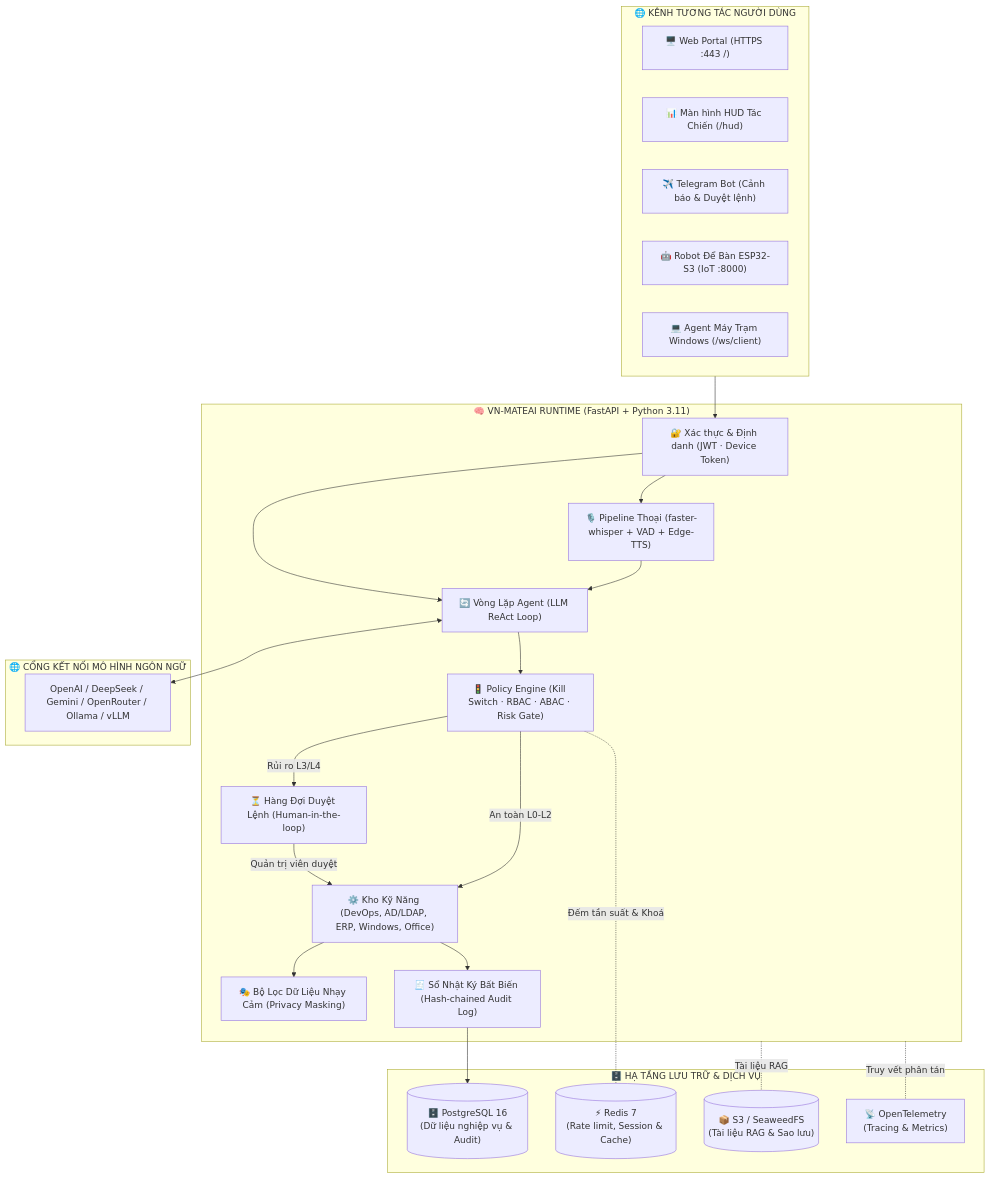
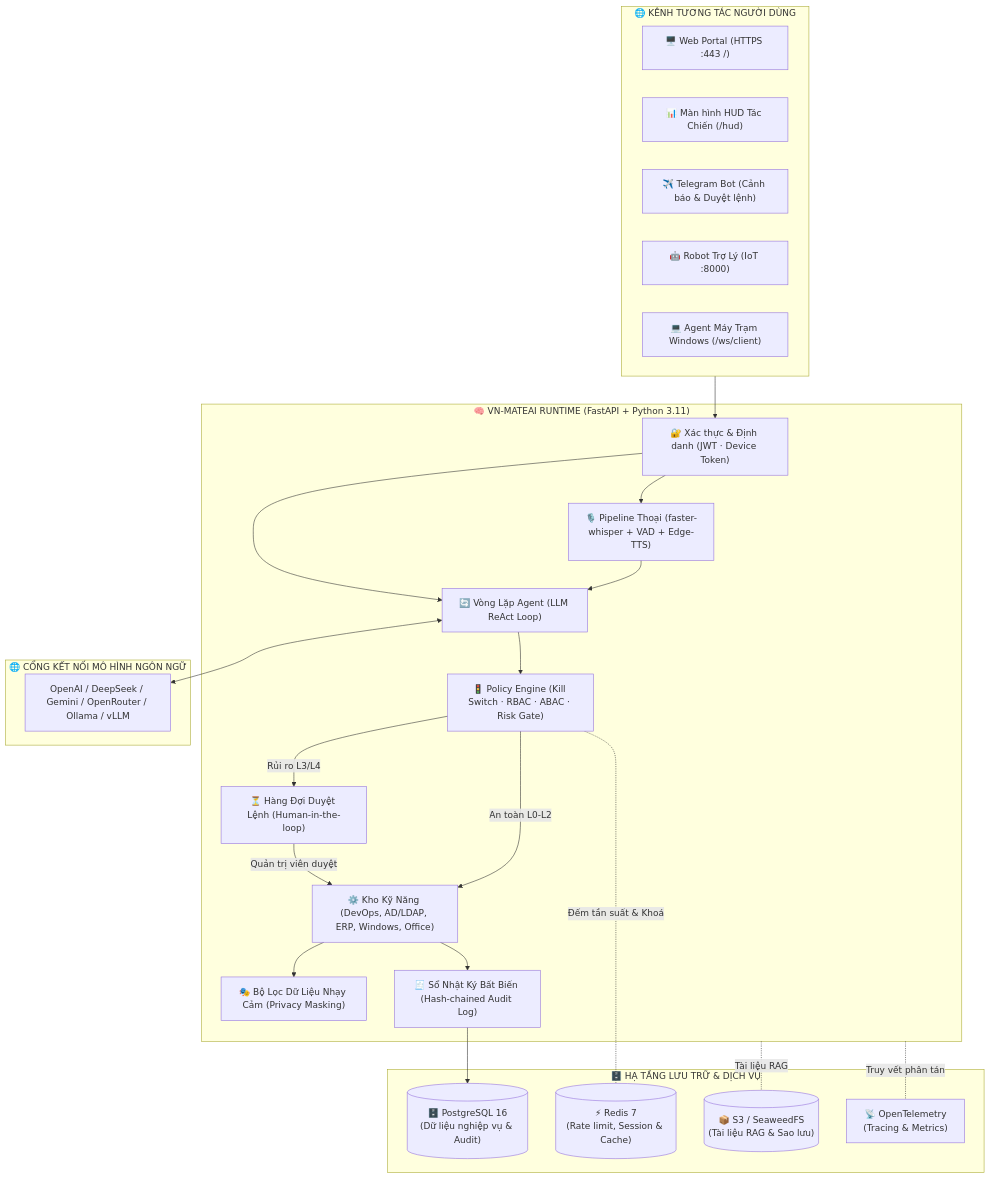
The diagram in README.md (lichpppp5/VN-MateAI-v2.0), drawn with Mermaid before and after one commit. The commit also changed other lines of this file, not shown here.

````diff
--- a/README.md
+++ b/README.md
@@ -72,48 +72,48 @@
 ```mermaid
 flowchart TB
     subgraph Clients["🌐 KÊNH TƯƠNG TÁC NGƯỜI DÙNG"]
         Portal["🖥️ Web Portal (HTTPS :443 /)"]
         HUD["📊 Màn hình HUD Tác Chiến (/hud)"]
         TG["✈️ Telegram Bot (Cảnh báo & Duyệt lệnh)"]
-        Robot["🤖 Robot Để Bàn ESP32-S3 (IoT :8000)"]
+        Robot["🤖 Robot Trợ Lý (IoT :8000)"]
         Agent["💻 Agent Máy Trạm Windows (/ws/client)"]
     end
 
     subgraph Core["🧠 VN-MATEAI RUNTIME (FastAPI + Python 3.11)"]
         Auth["🔐 Xác thực & Định danh (JWT · Device Token)"]
         VoiceEngine["🎙️ Pipeline Thoại (faster-whisper + VAD + Edge-TTS)"]
         AgentLoop["🔄 Vòng Lặp Agent (LLM ReAct Loop)"]
         PolicyEngine["🚦 Policy Engine (Kill Switch · RBAC · ABAC · Risk Gate)"]
         SkillRegistry["⚙️ Kho Kỹ Năng (DevOps, AD/LDAP, ERP, Windows, Office)"]
         ApprovalQueue["⏳ Hàng Đợi Duyệt Lệnh (Human-in-the-loop)"]
         PrivacyMask["🎭 Bộ Lọc Dữ Liệu Nhạy Cảm (Privacy Masking)"]
         AuditLedger["🧾 Sổ Nhật Ký Bất Biến (Hash-chained Audit Log)"]
     end
 
     subgraph LLMGateways["🌐 CỔNG KẾT NỐI MÔ HÌNH NGÔN NGỮ"]
         LLM["OpenAI / DeepSeek / Gemini / OpenRouter / Ollama / vLLM"]
     end
 
     subgraph Infra["🗄️ HẠ TẦNG LƯU TRỮ & DỊCH VỤ"]
         PG[("🗄️ PostgreSQL 16\n(Dữ liệu nghiệp vụ & Audit)")]
         Redis[("⚡ Redis 7\n(Rate limit, Session & Cache)")]
         S3[("📦 S3 / SeaweedFS\n(Tài liệu RAG & Sao lưu)")]
         OTel["📡 OpenTelemetry\n(Tracing & Metrics)"]
     end
 
     Clients --> Auth
     Auth --> VoiceEngine
     Auth --> AgentLoop
     VoiceEngine --> AgentLoop
     AgentLoop <--> LLM
     AgentLoop --> PolicyEngine
     PolicyEngine -->|Rủi ro L3/L4| ApprovalQueue
     ApprovalQueue -->|Quản trị viên duyệt| SkillRegistry
     PolicyEngine -->|An toàn L0-L2| SkillRegistry
     SkillRegistry --> PrivacyMask
     SkillRegistry --> AuditLedger
     AuditLedger --> PG
     PolicyEngine -.Đếm tần suất & Khoá.- Redis
     Core -.Tài liệu RAG.- S3
     Core -.Truy vết phân tán.- OTel
 ```
````
